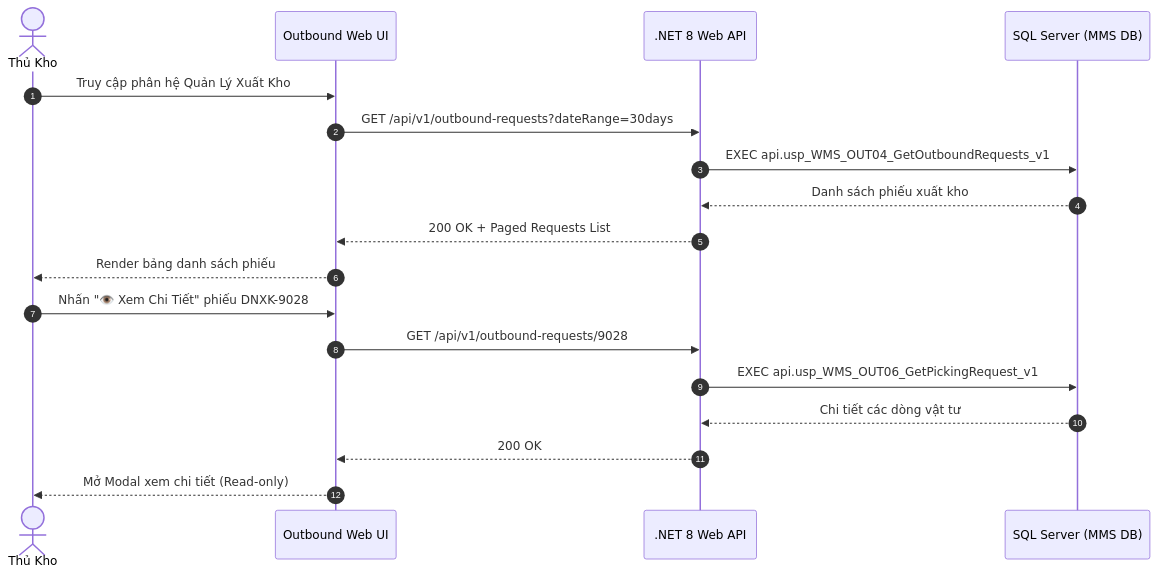
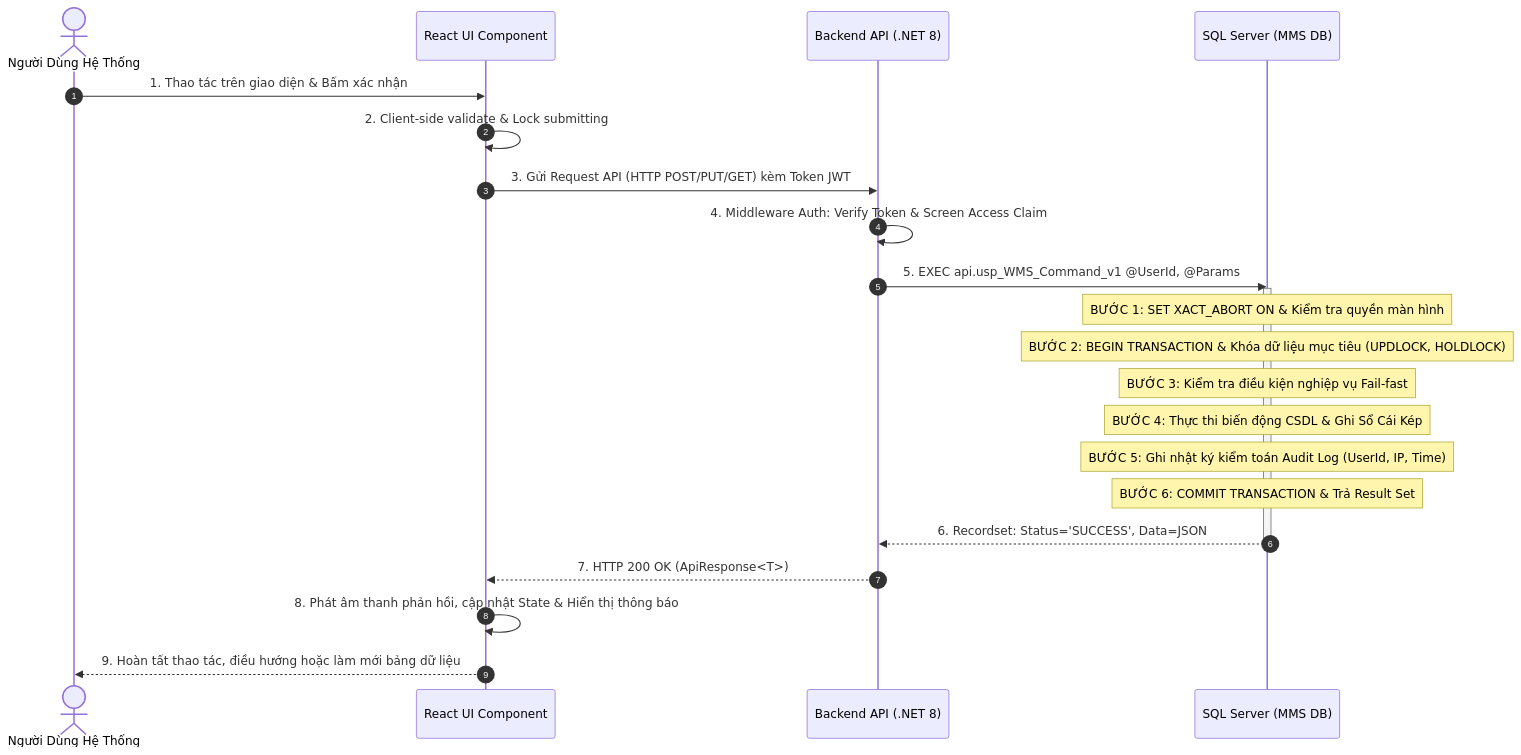
The third of 4 diagrams in docs/03-use-cases/UC-21_OUT-04.md (Sohoa-KNSG/mms), drawn with Mermaid before and after one commit. The commit also changed other lines of this file and 18 other files, not shown here.

Commit message:
docs: add internal Stored Procedure execution order and transaction logic steps to Sequence Diagrams across all use cases

````diff
--- a/docs/03-use-cases/UC-21_OUT-04.md
+++ b/docs/03-use-cases/UC-21_OUT-04.md
@@ -140,21 +140,29 @@
 ```mermaid
 sequenceDiagram
     autonumber
-    actor Storekeeper as Thủ Kho
-    participant UI as Outbound Web UI
-    participant API as .NET 8 Web API
+    actor User as Người Dùng Hệ Thống
+    participant UI as React UI Component
+    participant API as Backend API (.NET 8)
     participant DB as SQL Server (MMS DB)
 
-    Storekeeper->>UI: Truy cập phân hệ Quản Lý Xuất Kho
-    UI->>API: GET /api/v1/outbound-requests?dateRange=30days
-    API->>DB: EXEC api.usp_WMS_OUT04_GetOutboundRequests_v1
-    DB-->>API: Danh sách phiếu xuất kho
-    API-->>UI: 200 OK + Paged Requests List
-    UI-->>Storekeeper: Render bảng danh sách phiếu
-    Storekeeper->>UI: Nhấn "👁️ Xem Chi Tiết" phiếu DNXK-9028
-    UI->>API: GET /api/v1/outbound-requests/9028
-    API->>DB: EXEC api.usp_WMS_OUT06_GetPickingRequest_v1
-    DB-->>API: Chi tiết các dòng vật tư
-    API-->>UI: 200 OK
-    UI-->>Storekeeper: Mở Modal xem chi tiết (Read-only)
+    User->>UI: 1. Thao tác trên giao diện & Bấm xác nhận
+    UI->>UI: 2. Client-side validate & Lock submitting
+    UI->>API: 3. Gửi Request API (HTTP POST/PUT/GET) kèm Token JWT
+    
+    API->>API: 4. Middleware Auth: Verify Token & Screen Access Claim
+    API->>DB: 5. EXEC api.usp_WMS_Command_v1 @UserId, @Params
+    
+    activate DB
+    Note over DB: BƯỚC 1: SET XACT_ABORT ON & Kiểm tra quyền màn hình
+    Note over DB: BƯỚC 2: BEGIN TRANSACTION & Khóa dữ liệu mục tiêu (UPDLOCK, HOLDLOCK)
+    Note over DB: BƯỚC 3: Kiểm tra điều kiện nghiệp vụ Fail-fast
+    Note over DB: BƯỚC 4: Thực thi biến động CSDL & Ghi Sổ Cái Kép
+    Note over DB: BƯỚC 5: Ghi nhật ký kiểm toán Audit Log (UserId, IP, Time)
+    Note over DB: BƯỚC 6: COMMIT TRANSACTION & Trả Result Set
+    DB-->>API: 6. Recordset: Status='SUCCESS', Data=JSON
+    deactivate DB
+
+    API-->>UI: 7. HTTP 200 OK (ApiResponse<T>)
+    UI->>UI: 8. Phát âm thanh phản hồi, cập nhật State & Hiển thị thông báo
+    UI-->>User: 9. Hoàn tất thao tác, điều hướng hoặc làm mới bảng dữ liệu
 ```
````
